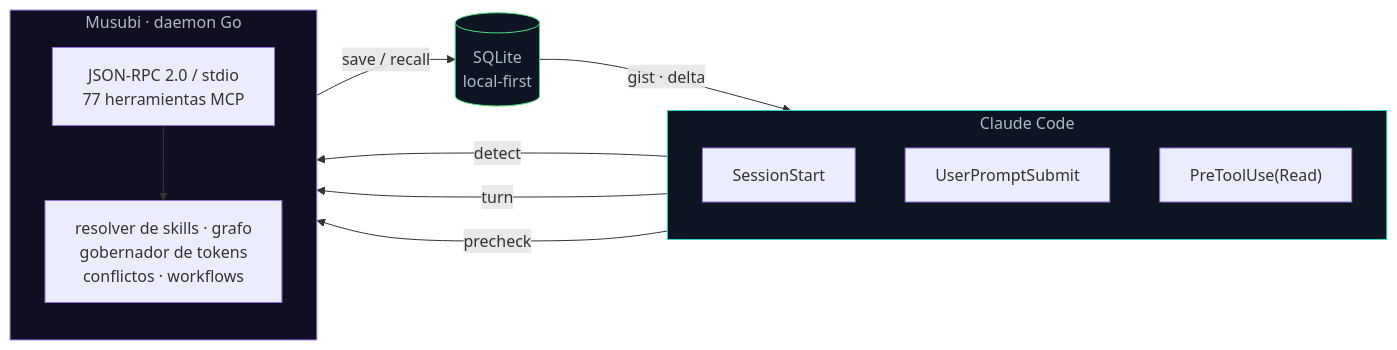
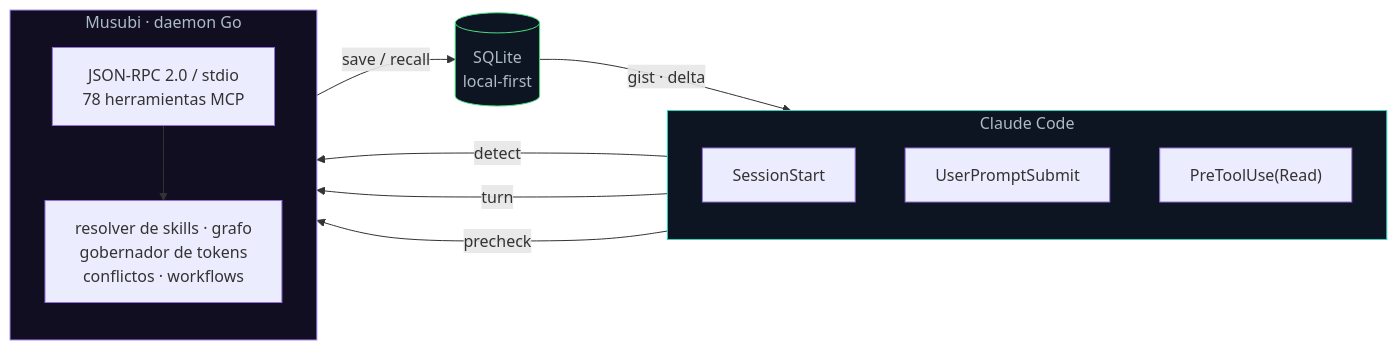
One commit to codeabraham16/musubi changed the first of 3 diagrams in README.md. Above: the diagram before and after it, drawn with Mermaid. The commit also changed other lines of this file and 17 other files, not shown here.

````diff
--- a/README.md
+++ b/README.md
@@ -68,27 +68,27 @@
 ```mermaid
 flowchart LR
     subgraph CC["Claude Code"]
         direction TB
         H1["SessionStart"]
         H2["UserPromptSubmit"]
         H3["PreToolUse(Read)"]
     end
     subgraph M["Musubi · daemon Go"]
         direction TB
-        RPC["JSON-RPC 2.0 / stdio<br/>77 herramientas MCP"]
+        RPC["JSON-RPC 2.0 / stdio<br/>78 herramientas MCP"]
         COG["resolver de skills · grafo<br/>gobernador de tokens<br/>conflictos · workflows"]
     end
     DB[("SQLite<br/>local-first")]
 
     H1 -- "detect" --> RPC
     H2 -- "turn" --> RPC
     H3 -- "precheck" --> RPC
     RPC --> COG
     COG -- "save / recall" --> DB
     DB -- "gist · delta" --> CC
 
     classDef cc fill:#0d1422,stroke:#2dd4bf,color:#adbac7;
     classDef mm fill:#120e22,stroke:#a78bfa,color:#adbac7;
     classDef db fill:#0d1422,stroke:#4ade80,color:#adbac7;
     class CC cc; class M mm; class DB db;
 ```
````
